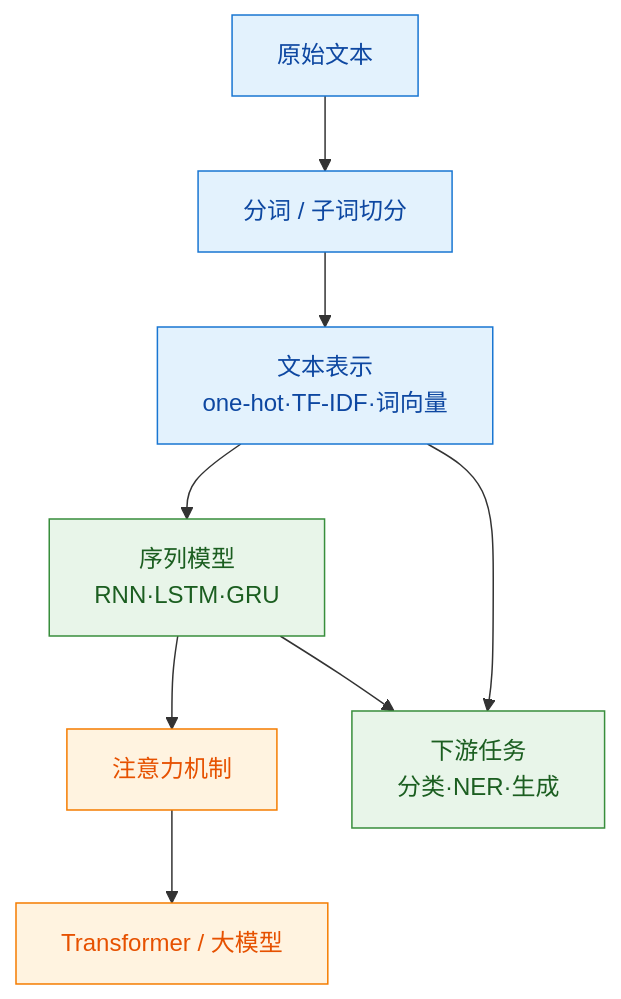
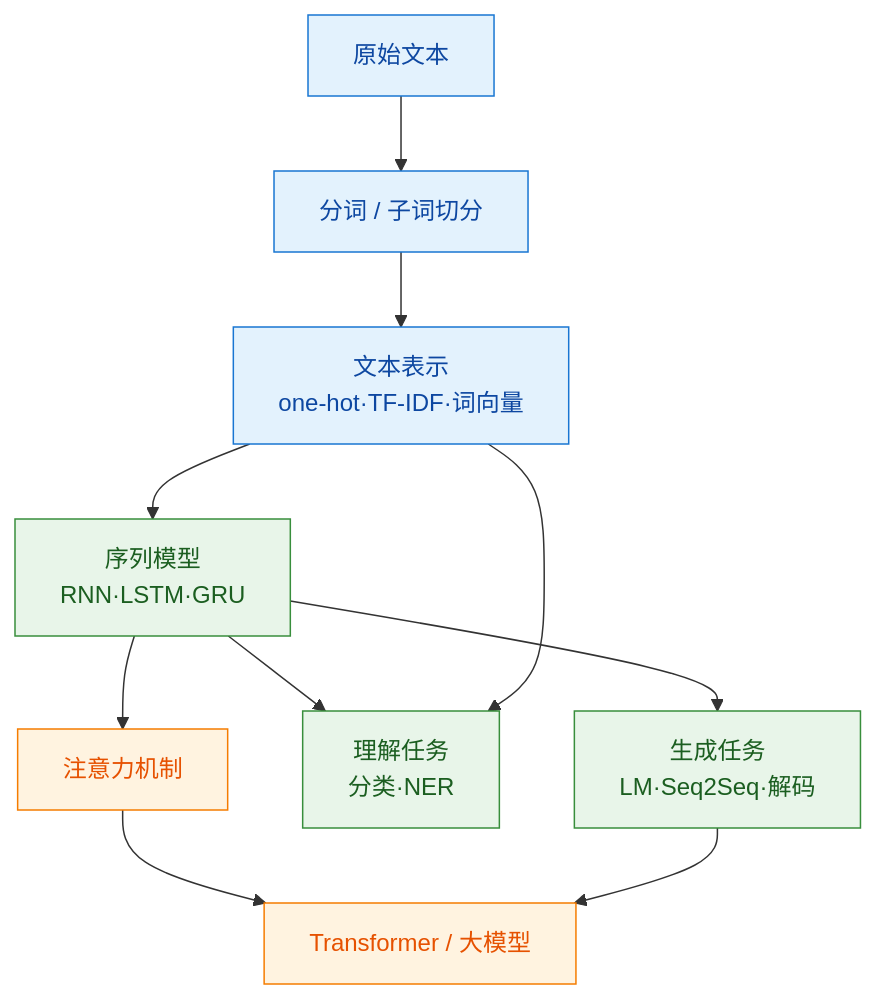
Before and after one commit to HarveyWebLee/ai-docs: the diagram in docs/04-自然语言处理/000-分类总览与知识图谱.md, drawn with Mermaid. The commit also changed other lines of this file and 50 other files, not shown here.

````diff
--- a/docs/04-自然语言处理/000-分类总览与知识图谱.md
+++ b/docs/04-自然语言处理/000-分类总览与知识图谱.md
@@ -24,17 +26,19 @@
 ```mermaid
 graph TD
   Text["原始文本"] --> Token["分词 / 子词切分"]
   Token --> Repr["文本表示<br/>one-hot·TF-IDF·词向量"]
   Repr --> Seq["序列模型<br/>RNN·LSTM·GRU"]
   Seq --> Attn["注意力机制"]
   Attn --> TF["Transformer / 大模型"]
-  Seq --> Task["下游任务<br/>分类·NER·生成"]
-  Repr --> Task
+  Seq --> Cls["理解任务<br/>分类·NER"]
+  Seq --> Gen["生成任务<br/>LM·Seq2Seq·解码"]
+  Repr --> Cls
+  Gen --> TF
 
   classDef pre fill:#e3f2fd,stroke:#1976d2,color:#0d47a1;
   classDef model fill:#e8f5e9,stroke:#388e3c,color:#1b5e20;
   classDef adv fill:#fff3e0,stroke:#f57c00,color:#e65100;
   class Text,Token,Repr pre;
-  class Seq,Task model;
+  class Seq,Cls,Gen model;
   class Attn,TF adv;
 ```
````
